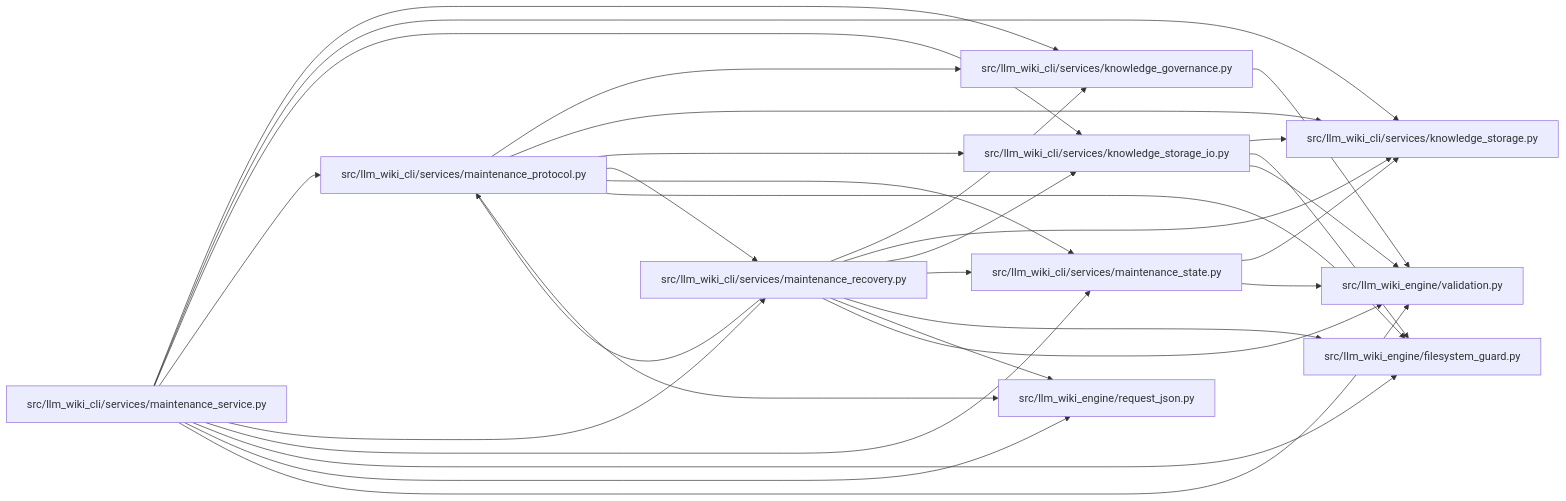
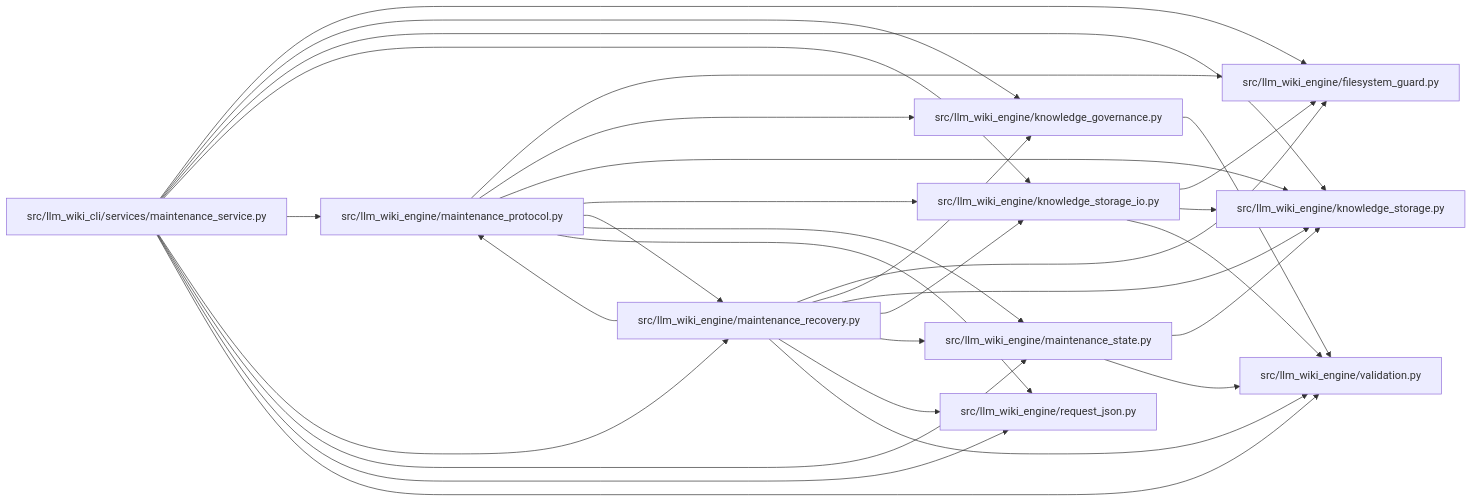
One commit to Denissvgn/python-wiki-llm changed the diagram in docs/llm_wiki/modules/maintenance_recovery.md. Above: the diagram before and after it, drawn with Mermaid. The commit also changed other lines of this file and 1058 other files, not shown here.

First line of the commit message:
docs: refresh the wiki for the knowledge store move

````diff
--- a/docs/llm_wiki/modules/maintenance_recovery.md
+++ b/docs/llm_wiki/modules/maintenance_recovery.md
@@ -32,53 +32,53 @@
 ```mermaid
 flowchart LR
-    n0["src/llm_wiki_cli/services/knowledge_governance.py"]
-    n1["src/llm_wiki_cli/services/knowledge_storage.py"]
-    n2["src/llm_wiki_cli/services/knowledge_storage_io.py"]
-    n3["src/llm_wiki_cli/services/maintenance_protocol.py"]
-    n4["src/llm_wiki_cli/services/maintenance_recovery.py"]
-    n5["src/llm_wiki_cli/services/maintenance_service.py"]
-    n6["src/llm_wiki_cli/services/maintenance_state.py"]
-    n7["src/llm_wiki_engine/filesystem_guard.py"]
+    n0["src/llm_wiki_cli/services/maintenance_service.py"]
+    n1["src/llm_wiki_engine/filesystem_guard.py"]
+    n2["src/llm_wiki_engine/knowledge_governance.py"]
+    n3["src/llm_wiki_engine/knowledge_storage.py"]
+    n4["src/llm_wiki_engine/knowledge_storage_io.py"]
+    n5["src/llm_wiki_engine/maintenance_protocol.py"]
+    n6["src/llm_wiki_engine/maintenance_recovery.py"]
+    n7["src/llm_wiki_engine/maintenance_state.py"]
     n8["src/llm_wiki_engine/request_json.py"]
     n9["src/llm_wiki_engine/validation.py"]
+    n0 --> n1
+    n0 --> n2
+    n0 --> n3
+    n0 --> n4
+    n0 --> n5
+    n0 --> n6
+    n0 --> n7
+    n0 --> n8
     n0 --> n9
-    n2 --> n1
-    n2 --> n7
     n2 --> n9
-    n3 --> n0
-    n3 --> n1
-    n3 --> n2
-    n3 --> n4
-    n3 --> n6
-    n3 --> n7
-    n3 --> n8
-    n4 --> n0
     n4 --> n1
-    n4 --> n2
     n4 --> n3
-    n4 --> n6
-    n4 --> n7
-    n4 --> n8
     n4 --> n9
-    n5 --> n0
     n5 --> n1
     n5 --> n2
     n5 --> n3
     n5 --> n4
     n5 --> n6
     n5 --> n7
     n5 --> n8
-    n5 --> n9
     n6 --> n1
+    n6 --> n2
+    n6 --> n3
+    n6 --> n4
+    n6 --> n5
+    n6 --> n7
+    n6 --> n8
     n6 --> n9
-    click n0 "../modules/knowledge_governance.md"
-    click n1 "../modules/knowledge_storage.md"
-    click n2 "../modules/knowledge_storage_io.md"
-    click n3 "../modules/maintenance_protocol.md"
-    click n4 "../modules/maintenance_recovery.md"
-    click n5 "../modules/maintenance_service.md"
-    click n6 "../modules/maintenance_state.md"
-    click n7 "../modules/filesystem_guard.md"
+    n7 --> n3
+    n7 --> n9
+    click n0 "../modules/maintenance_service.md"
+    click n1 "../modules/filesystem_guard.md"
+    click n2 "../modules/knowledge_governance.md"
+    click n3 "../modules/knowledge_storage.md"
+    click n4 "../modules/knowledge_storage_io.md"
+    click n5 "../modules/maintenance_protocol.md"
+    click n6 "../modules/maintenance_recovery.md"
+    click n7 "../modules/maintenance_state.md"
     click n8 "../modules/request_json.md"
     click n9 "../modules/validation.md"
 ```
````
